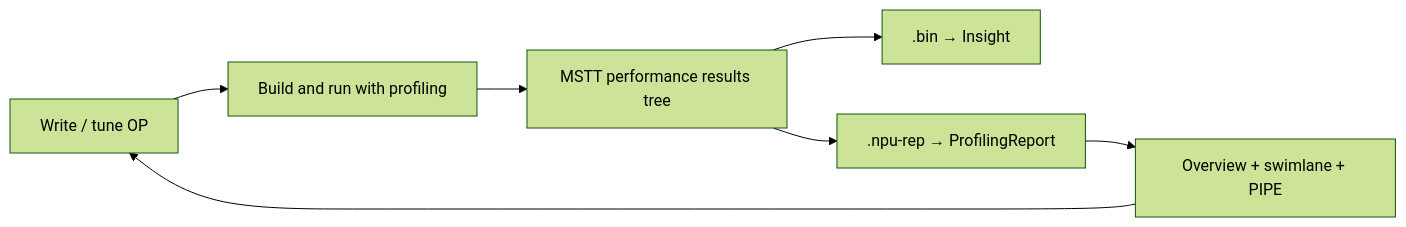
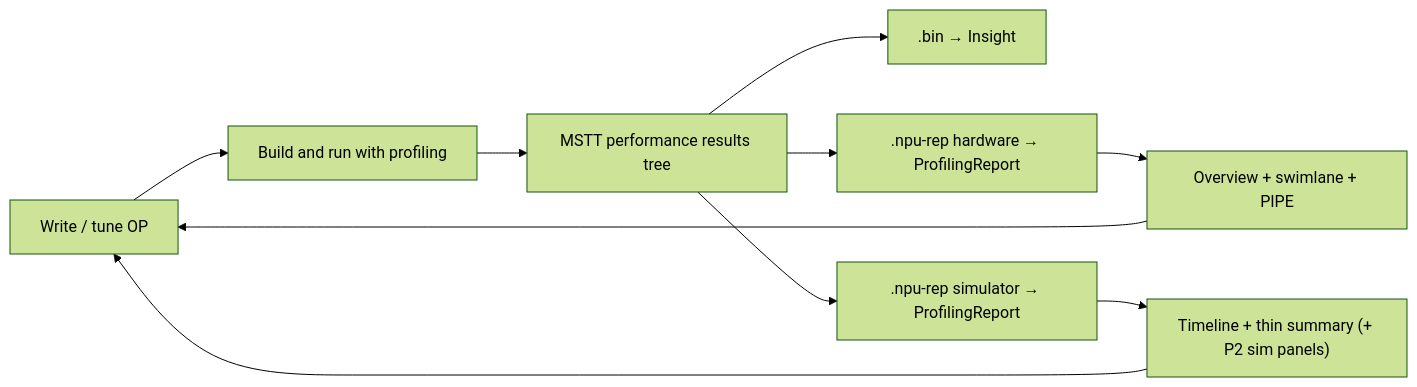
Before and after one commit to IdeFrontend/profiling-report: the diagram in docs/context/DOMAIN_AND_USERS.md, drawn with Mermaid (forest theme). The commit also changed other lines of this file and 39 other files, not shown here.

First line of the commit message:
docs: add hardware/simulator .npu-rep profiles and specs

````diff
--- a/docs/context/DOMAIN_AND_USERS.md
+++ b/docs/context/DOMAIN_AND_USERS.md
@@ -40,9 +42,12 @@
 ```mermaid
 flowchart LR
   Write["Write / tune OP"] --> Build["Build and run with profiling"]
   Build --> Tree["MSTT performance results tree"]
   Tree --> Bin[".bin → Insight"]
-  Tree --> Rep[".npu-rep → ProfilingReport"]
+  Tree --> Rep[".npu-rep hardware → ProfilingReport"]
+  Tree --> Sim[".npu-rep simulator → ProfilingReport"]
   Rep --> Diagnose["Overview + swimlane + PIPE"]
+  Sim --> DiagnoseSim["Timeline + thin summary (+ P2 sim panels)"]
   Diagnose --> Write
+  DiagnoseSim --> Write
 ```
````
